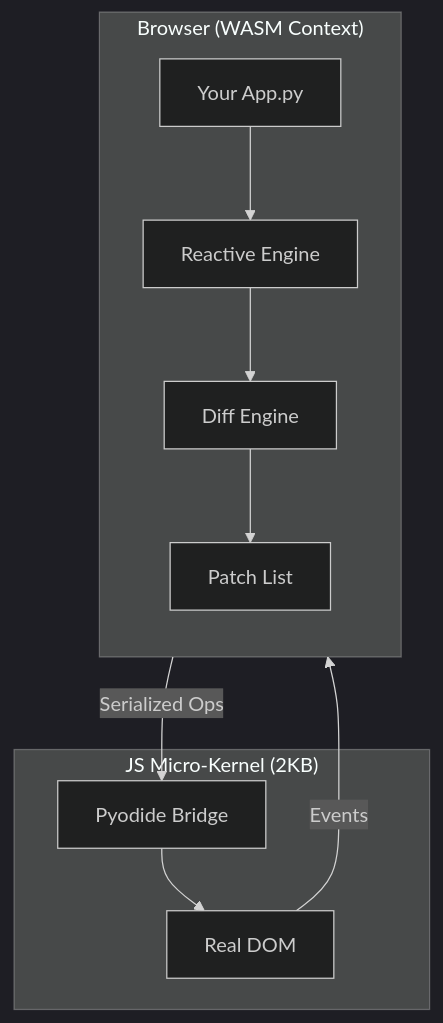
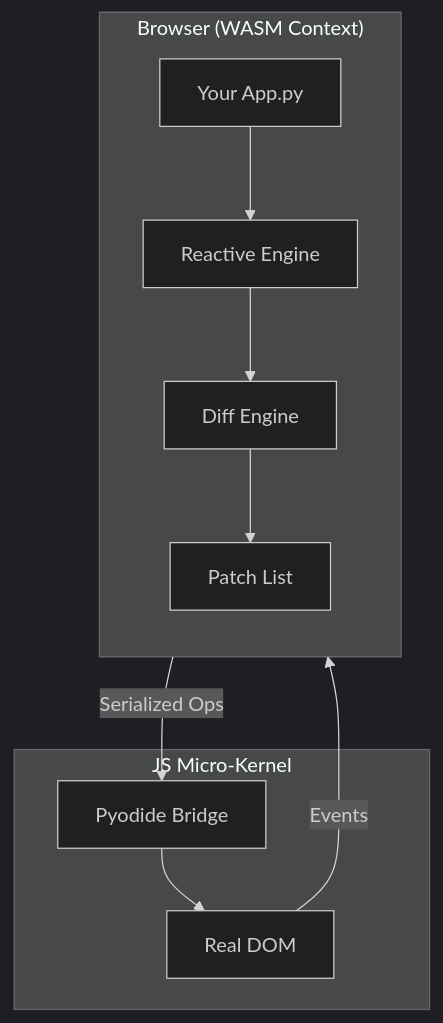
One commit to mrmiguu/creation changed the diagram in README.md. Above: the diagram before and after it, drawn with Mermaid (dark theme).

Commit message:
Update JS Micro-Kernel label in README

````diff
--- a/README.md
+++ b/README.md
@@ -171,19 +171,19 @@
 ```mermaid
 flowchart TD
     subgraph Browser ["Browser (WASM Context)"]
         direction TB
         App[Your App.py] --> Reactive[Reactive Engine]
         Reactive --> Diff[Diff Engine]
         Diff --> Patch[Patch List]
     end
 
-    subgraph Kernel ["JS Micro-Kernel (2KB)"]
+    subgraph Kernel ["JS Micro-Kernel"]
         Bridge[Pyodide Bridge]
         RealDOM[Real DOM]
     end
 
     Patch -- "Serialized Ops" --> Bridge
     Bridge --> RealDOM
     RealDOM -- "Events" --> App
 
 ```
````
